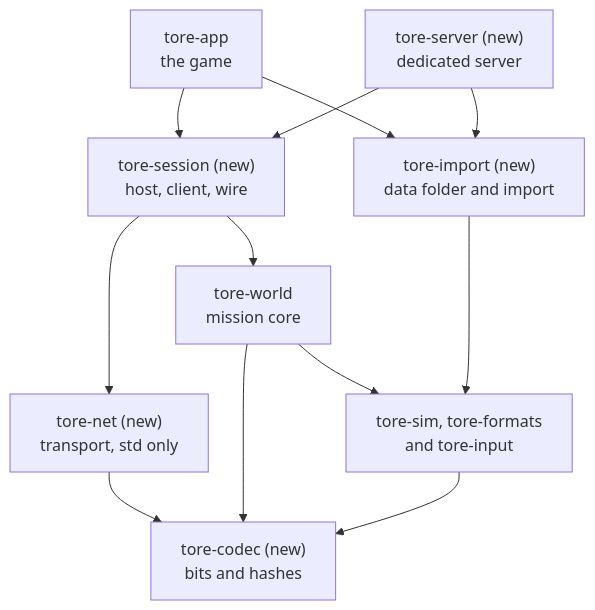
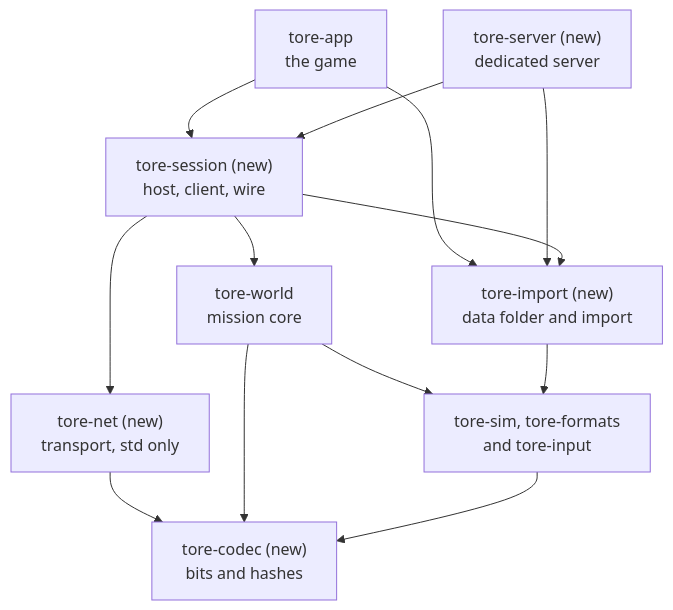
The third of 8 diagrams in docs/ARCHITECTURE.md (john-overton/T.O.R.E-Fighters), drawn with Mermaid before and after one commit. The commit also changed other lines of this file and 3 other files, not shown here.

````diff
--- a/docs/ARCHITECTURE.md
+++ b/docs/ARCHITECTURE.md
@@ -2017,22 +2017,23 @@
 ```mermaid
 flowchart TD
   app["tore-app<br/>the game"]
   server["tore-server (new)<br/>dedicated server"]
   session["tore-session (new)<br/>host, client, wire"]
   import["tore-import (new)<br/>data folder and import"]
   net["tore-net (new)<br/>transport, std only"]
   world["tore-world<br/>mission core"]
   sim["tore-sim, tore-formats<br/>and tore-input"]
   codec["tore-codec (new)<br/>bits and hashes"]
   app --> session
   app --> import
   server --> session
   server --> import
   session --> world
+  session --> import
   session --> net
   net --> codec
   world --> sim
   world --> codec
   sim --> codec
   import --> sim
 ```
````
